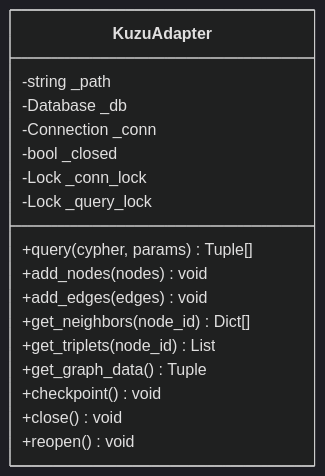
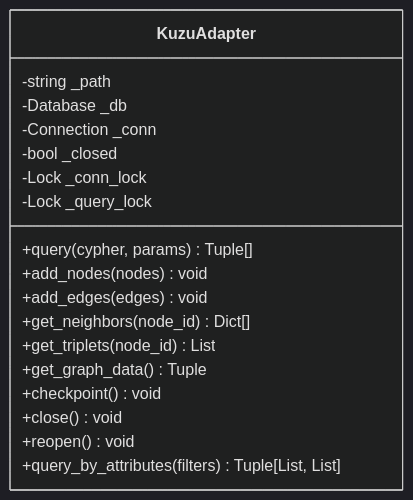
Before and after one commit to alvinwangzi/m_flow: the third of 8 diagrams in .qoder/repowiki/zh/content/数据库适配器/图数据库适配器/KùzuDB 本地图数据库适配器.md, drawn with Mermaid (dark theme). The commit also changed other lines of this file and 38 other files, not shown here.

````diff
--- a/.qoder/repowiki/zh/content/数据库适配器/图数据库适配器/KùzuDB 本地图数据库适配器.md
+++ b/.qoder/repowiki/zh/content/数据库适配器/图数据库适配器/KùzuDB 本地图数据库适配器.md
@@ -145,20 +153,21 @@
 ```mermaid
 classDiagram
 class KuzuAdapter {
 -string _path
 -Database _db
 -Connection _conn
 -bool _closed
 -Lock _conn_lock
 -Lock _query_lock
 +query(cypher, params) Tuple[]
 +add_nodes(nodes) void
 +add_edges(edges) void
 +get_neighbors(node_id) Dict[]
 +get_triplets(node_id) List
 +get_graph_data() Tuple
 +checkpoint() void
 +close() void
 +reopen() void
++query_by_attributes(filters) Tuple[List, List]
 }
 ```
````
